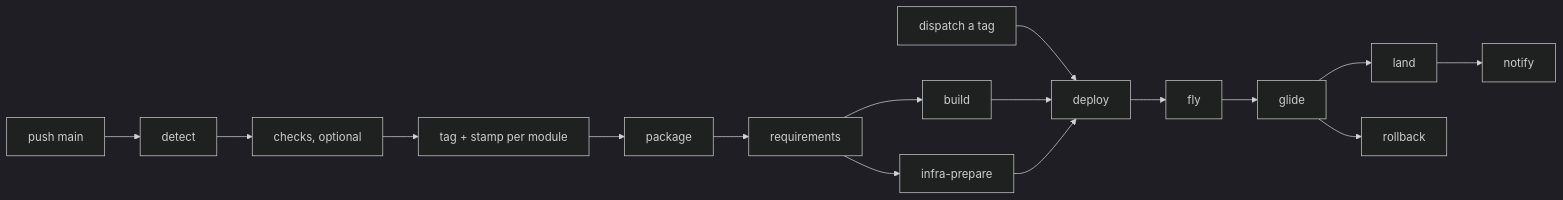
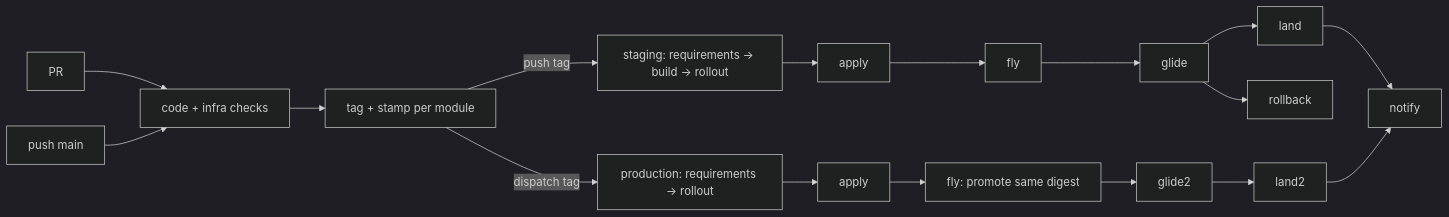
Before and after one commit to br4zz4/pipelines: the diagram in README.md, drawn with Mermaid (dark theme). The commit also changed other lines of this file and 20 other files, not shown here.

````diff
--- a/README.md
+++ b/README.md
@@ -28,12 +35,10 @@
 ```mermaid
 flowchart LR
-  main[push main] --> detect[detect] --> checks[checks, optional] --> tag[tag + stamp per module]
-  tag --> pack[package]
-  dispatch[dispatch a tag] --> deploy
-  pack --> req[requirements] --> build
-  req --> prepare[infra-prepare]
-  build --> deploy[deploy]
-  prepare --> deploy
-  deploy --> fly --> glide --> land --> notify
+  pr[PR] --> checks[code + infra checks]
+  main[push main] --> checks --> tag[tag + stamp per module]
+  tag -->|push tag| staging[staging: requirements → build → rollout]
+  staging --> apply[apply] --> fly --> glide --> land --> notify
   glide --> rollback
+  tag -->|dispatch tag| production[production: requirements → rollout]
+  production --> apply2[apply] --> fly2[fly: promote same digest] --> glide2 --> land2 --> notify
 ```
````
